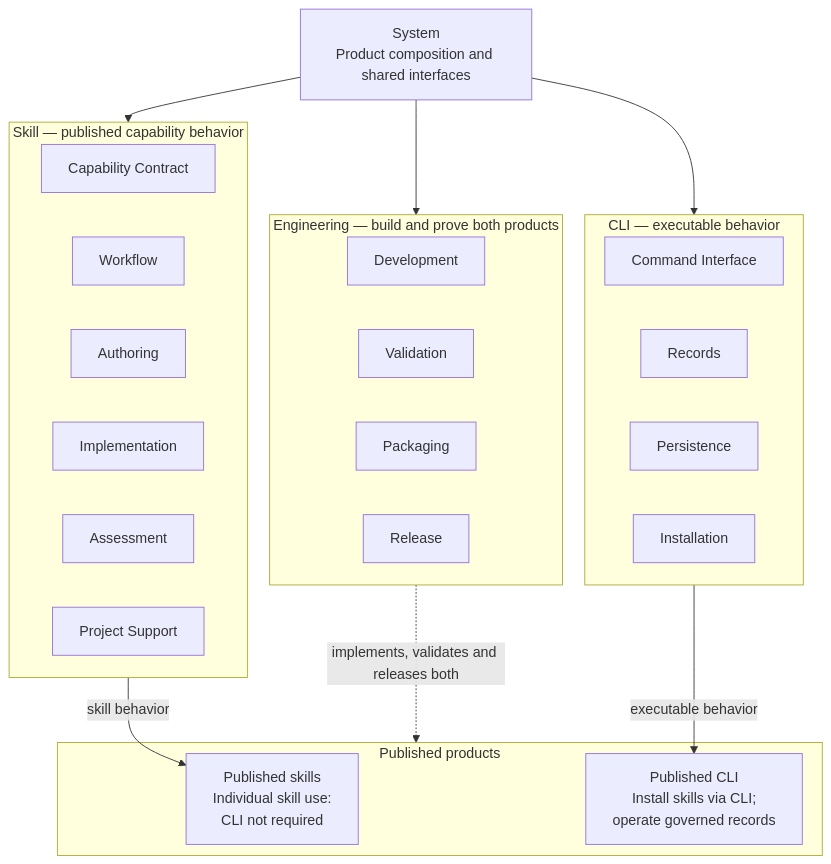
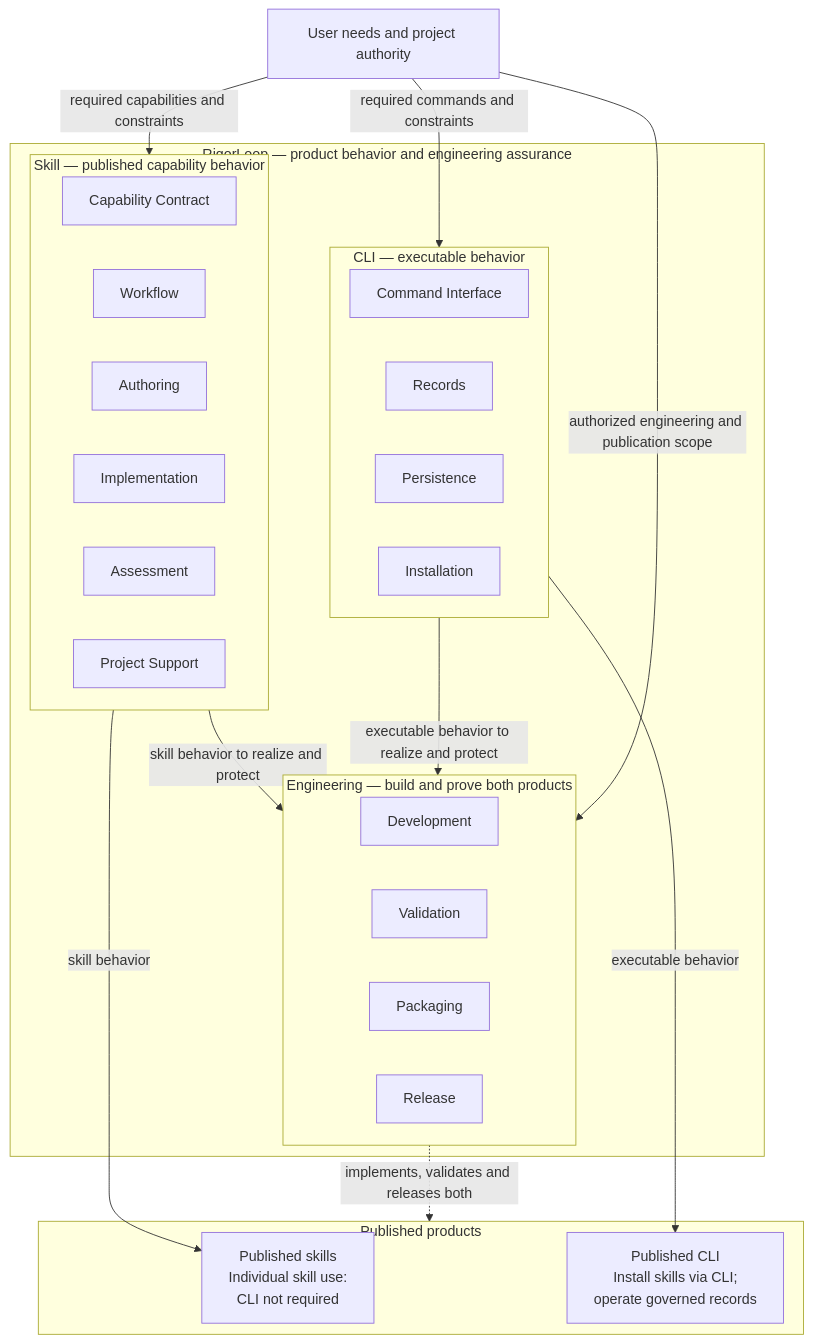
One commit to xiongxianfei/rigorloop changed the first of 2 diagrams in docs/design/system.md. Above: the diagram before and after it, drawn with Mermaid. The commit also changed other lines of this file and 14 other files, not shown here.

Commit message:
design: clarify ownership in every architecture overview

````diff
--- a/docs/design/system.md
+++ b/docs/design/system.md
@@ -19,47 +19,53 @@
 ```mermaid
 %%{init: {"flowchart": {"rankSpacing": 25, "nodeSpacing": 25}}}%%
 flowchart TB
-    System["System<br/>Product composition and shared interfaces"]
+    Intent["User needs and project authority"]
+
+    subgraph Project["RigorLoop — product behavior and engineering assurance"]
 
     subgraph Skill["Skill — published capability behavior"]
         direction TB
         S1["Capability Contract"]
         S2["Workflow"]
         S3["Authoring"]
         S4["Implementation"]
         S5["Assessment"]
         S6["Project Support"]
         S1 ~~~ S2 ~~~ S3 ~~~ S4 ~~~ S5 ~~~ S6
     end
 
     subgraph CLI["CLI — executable behavior"]
         direction TB
         C1["Command Interface"]
         C2["Records"]
         C3["Persistence"]
         C4["Installation"]
         C1 ~~~ C2 ~~~ C3 ~~~ C4
     end
 
     subgraph Engineering["Engineering — build and prove both products"]
         direction TB
         E1["Development"]
         E2["Validation"]
         E3["Packaging"]
         E4["Release"]
         E1 ~~~ E2 ~~~ E3 ~~~ E4
     end
 
-    System --> Skill
-    System --> CLI
-    System --> Engineering
+    Skill -->|"skill behavior to realize and protect"| Engineering
+    CLI -->|"executable behavior to realize and protect"| Engineering
+    end
+
+    Intent -->|"required capabilities and constraints"| Skill
+    Intent -->|"required commands and constraints"| CLI
+    Intent -->|"authorized engineering and publication scope"| Engineering
 
     subgraph Products["Published products"]
         PublishedSkills["Published skills<br/>Individual skill use:<br/>CLI not required"]
         PublishedCLI["Published CLI<br/>Install skills via CLI;<br/>operate governed records"]
     end
     Skill -->|"skill behavior"| PublishedSkills
     CLI -->|"executable behavior"| PublishedCLI
     Engineering -.->|"implements, validates and releases both"| Products
 
 ```
````
